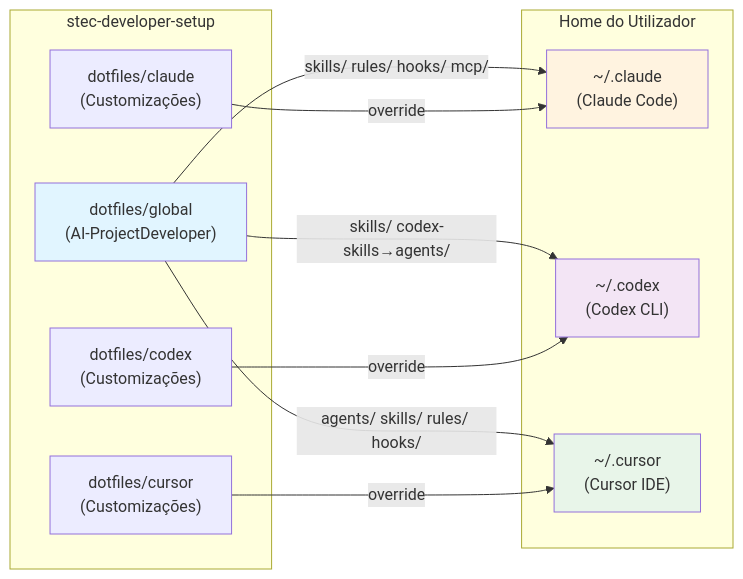
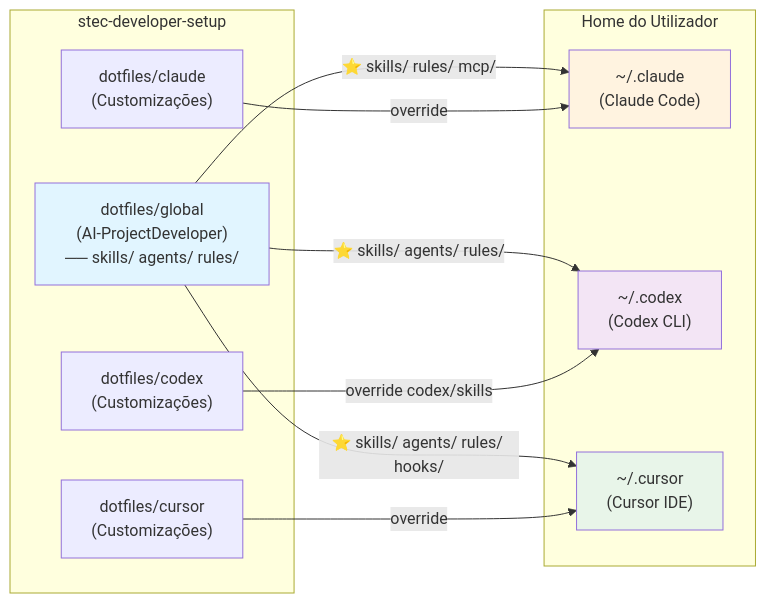
The diagram in docs/PLANO-INTEGRACAO-AI-PROJECTDEVELOPER-V2.md (STEC-Corporate/stec-developer-setup), drawn with Mermaid before and after one commit. The commit also changed other lines of this file, not shown here.

First line of the commit message:
fix: deixar explícito que skills vão para Claude, Codex e Cursor

````diff
--- a/docs/PLANO-INTEGRACAO-AI-PROJECTDEVELOPER-V2.md
+++ b/docs/PLANO-INTEGRACAO-AI-PROJECTDEVELOPER-V2.md
@@ -325,27 +336,27 @@
 ```mermaid
 flowchart LR
   subgraph repo [stec-developer-setup]
-    G["dotfiles/global<br/>(AI-ProjectDeveloper)"]
+    G["dotfiles/global<br/>(AI-ProjectDeveloper)<br/>── skills/ agents/ rules/"]
     OC["dotfiles/claude<br/>(Customizações)"]
     OX["dotfiles/codex<br/>(Customizações)"]
     OR["dotfiles/cursor<br/>(Customizações)"]
   end
   subgraph home [Home do Utilizador]
     HC["~/.claude<br/>(Claude Code)"]
     HX["~/.codex<br/>(Codex CLI)"]
     HR["~/.cursor<br/>(Cursor IDE)"]
   end
   
-  G -->|"skills/ rules/ hooks/ mcp/"| HC
-  G -->|"skills/ codex-skills→agents/"| HX
-  G -->|"agents/ skills/ rules/ hooks/"| HR
+  G -->|"⭐ skills/ rules/ mcp/"| HC
+  G -->|"⭐ skills/ agents/ rules/"| HX
+  G -->|"⭐ skills/ agents/ rules/ hooks/"| HR
   
   OC -->|"override"| HC
-  OX -->|"override"| HX
+  OX -->|"override codex/skills"| HX
   OR -->|"override"| HR
   
   style G fill:#e1f5ff
   style HC fill:#fff3e0
   style HX fill:#f3e5f5
   style HR fill:#e8f5e9
 ```
````
